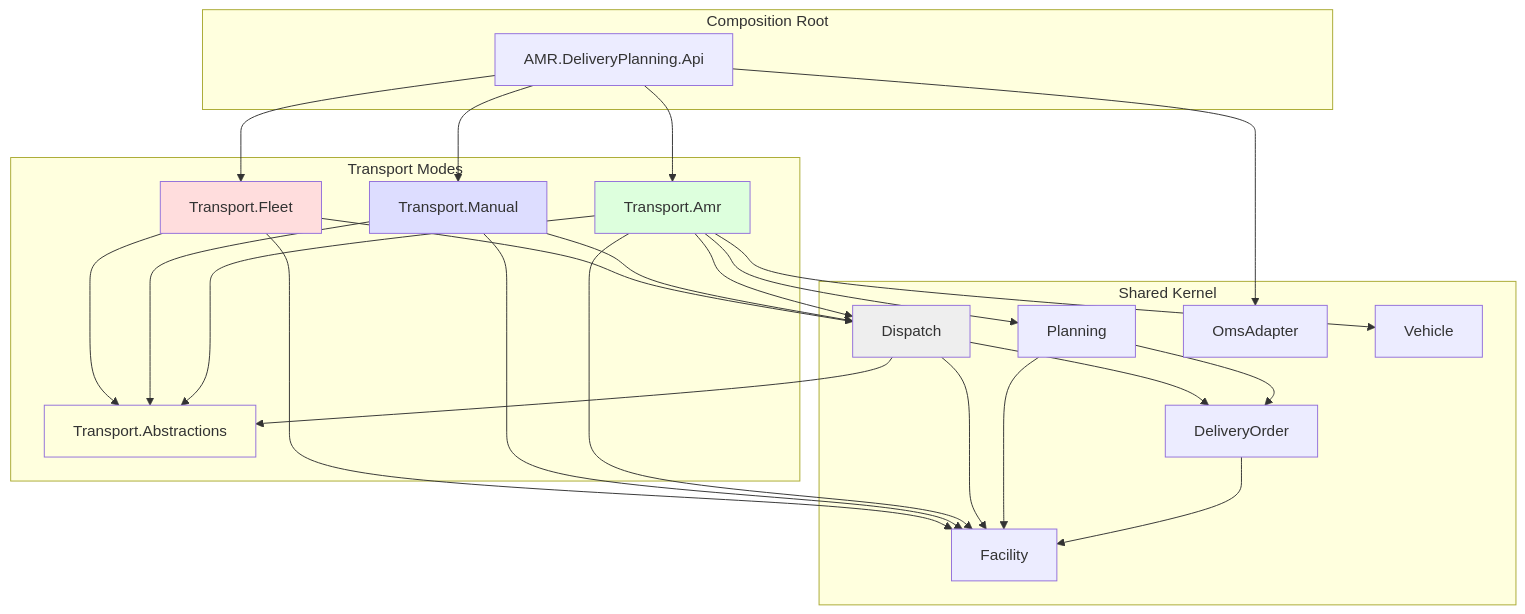
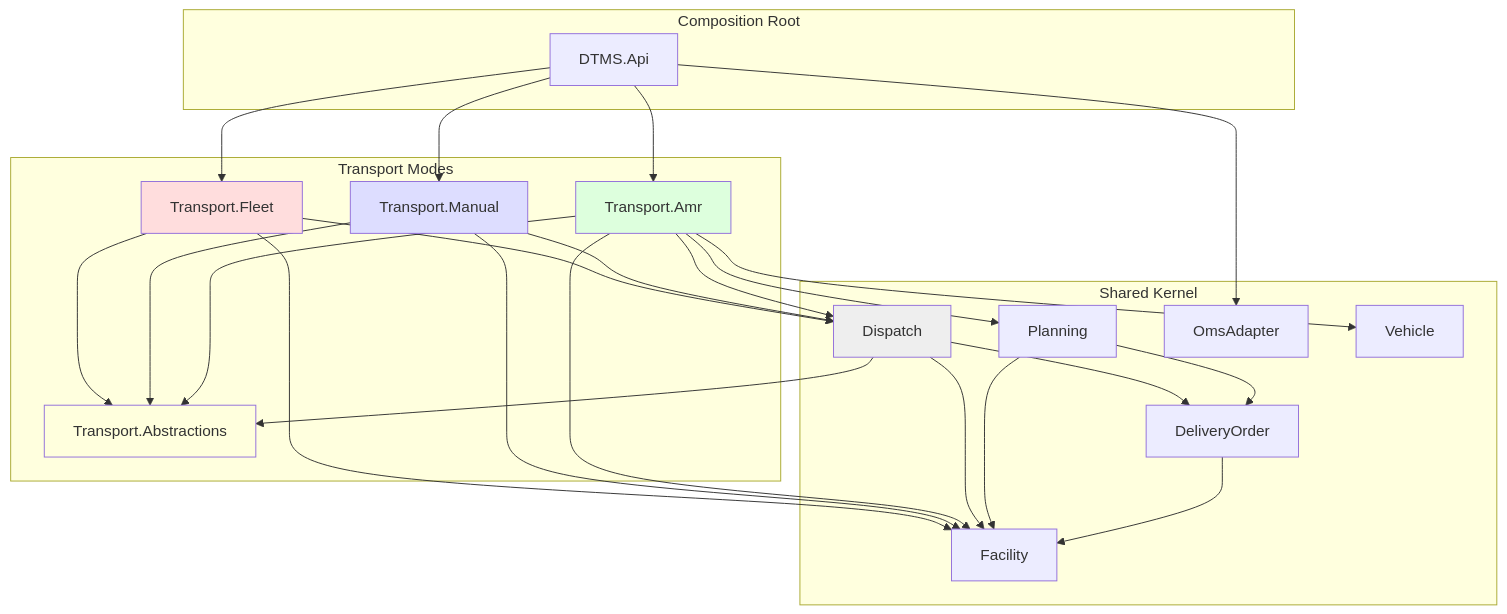
Before and after one commit to Tuinuihappy/DTMS: the first of 9 diagrams in docs/multi-mode-transport/diagrams/architecture.md, drawn with Mermaid. The commit also changed 193 other files, not shown here.

````diff
--- a/docs/multi-mode-transport/diagrams/architecture.md
+++ b/docs/multi-mode-transport/diagrams/architecture.md
@@ -7,54 +7,54 @@
 ```mermaid
 graph TB
     subgraph "Shared Kernel"
         DO[DeliveryOrder]
         PL[Planning]
         FAC[Facility]
         DSP[Dispatch]
         OMS[OmsAdapter]
         VEH[Vehicle]
     end
 
     subgraph "Transport Modes"
         TA[Transport.Abstractions]
         AMR[Transport.Amr]
         MAN[Transport.Manual]
         FLT[Transport.Fleet]
     end
 
     subgraph "Composition Root"
-        API[AMR.DeliveryPlanning.Api]
+        API[DTMS.Api]
     end
 
     DO --> FAC
     PL --> DO
     PL --> FAC
     DSP --> DO
     DSP --> FAC
     DSP --> TA
 
     AMR --> TA
     AMR --> DSP
     AMR --> FAC
     AMR --> VEH
     AMR --> PL
 
     MAN --> TA
     MAN --> DSP
     MAN --> FAC
 
     FLT --> TA
     FLT --> DSP
     FLT --> FAC
 
     API --> AMR
     API --> MAN
     API --> FLT
     API --> OMS
 
     style TA fill:#ffd
     style AMR fill:#dfd
     style MAN fill:#ddf
     style FLT fill:#fdd
     style DSP fill:#eee
 ```
````
